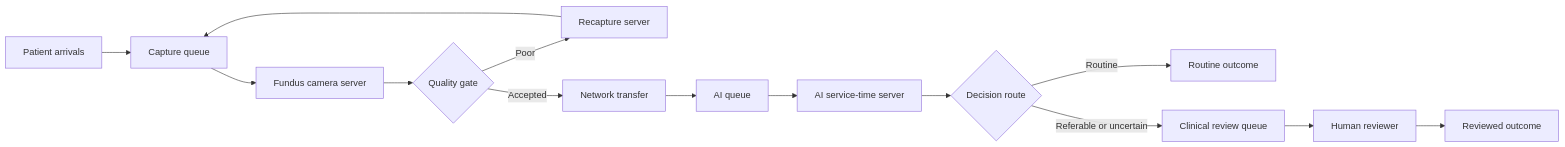
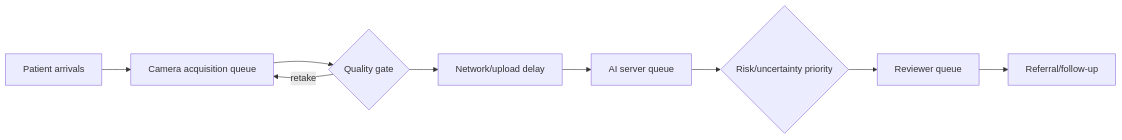
Before and after one commit to 1conicYaz/RetinaSathi: the third of 3 diagrams in docs/ARCHITECTURE.md, drawn with Mermaid. The commit also changed other lines of this file and 35 other files, not shown here.

````diff
--- a/docs/ARCHITECTURE.md
+++ b/docs/ARCHITECTURE.md
@@ -81,16 +38,11 @@
 ```mermaid
 flowchart LR
-    Arrival[Patient arrivals] --> CQ[Capture queue]
-    CQ --> Camera[Fundus camera server]
-    Camera --> Quality{Quality gate}
-    Quality -->|Poor| Recapture[Recapture server]
-    Recapture --> CQ
-    Quality -->|Accepted| Network[Network transfer]
-    Network --> AQ[AI queue]
-    AQ --> AI[AI service-time server]
-    AI --> Route{Decision route}
-    Route -->|Routine| Routine[Routine outcome]
-    Route -->|Referable or uncertain| RQ[Clinical review queue]
-    RQ --> Reviewer[Human reviewer]
-    Reviewer --> Complete[Reviewed outcome]
+    Arrival[Patient arrivals] --> Acquire[Camera acquisition queue]
+    Acquire --> QGate{Quality gate}
+    QGate -->|retake| Acquire
+    QGate --> Upload[Network/upload delay]
+    Upload --> AI[AI server queue]
+    AI --> Priority{Risk/uncertainty priority}
+    Priority --> Review[Reviewer queue]
+    Review --> Refer[Referral/follow-up]
 ```
````
